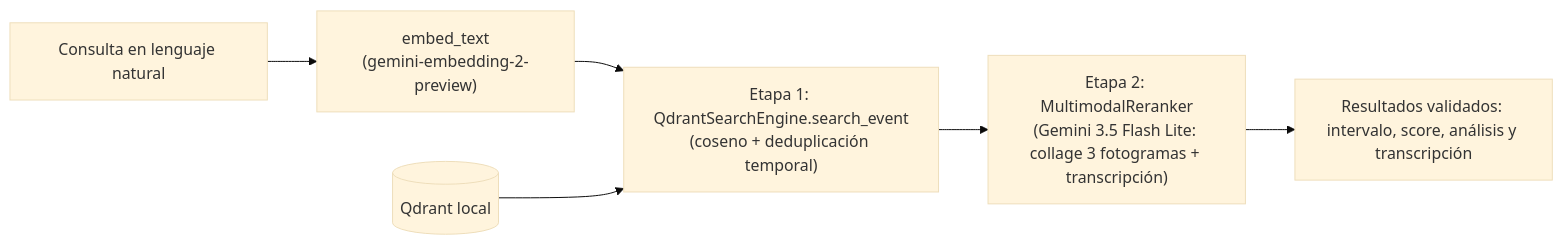
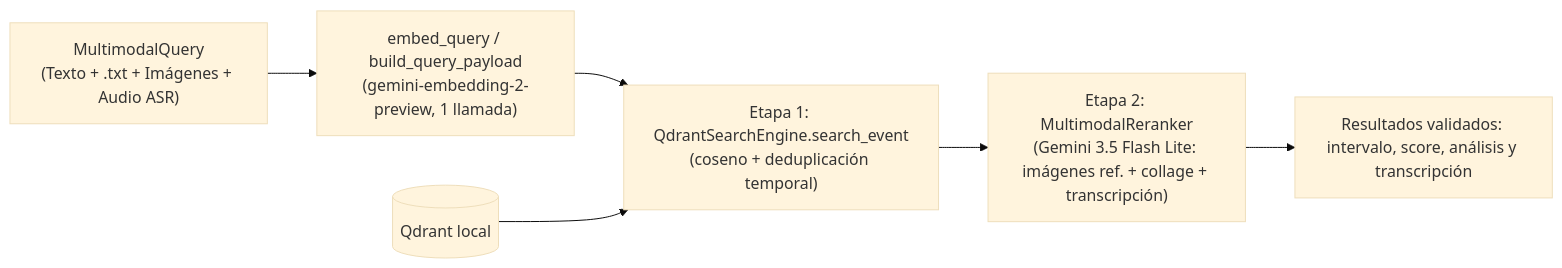
The second of 2 diagrams in README.md (Sergiobs26mt/TFM-VideoRAG-Multimodal), drawn with Mermaid (base theme) before and after one commit. The commit also changed other lines of this file and 19 other files, not shown here.

````diff
--- a/README.md
+++ b/README.md
@@ -41,8 +41,8 @@
 ```mermaid
 flowchart LR
-    Q["Consulta en lenguaje natural"] --> V["embed_text<br/>(gemini-embedding-2-preview)"]
+    Q["MultimodalQuery<br/>(Texto + .txt + Imágenes + Audio ASR)"] --> V["embed_query / build_query_payload<br/>(gemini-embedding-2-preview, 1 llamada)"]
     V --> S["Etapa 1: QdrantSearchEngine.search_event<br/>(coseno + deduplicación temporal)"]
     G[("Qdrant local")] --> S
-    S --> M["Etapa 2: MultimodalReranker<br/>(Gemini 3.5 Flash Lite: collage 3 fotogramas + transcripción)"]
+    S --> M["Etapa 2: MultimodalReranker<br/>(Gemini 3.5 Flash Lite: imágenes ref. + collage + transcripción)"]
     M --> R["Resultados validados: intervalo, score, análisis y transcripción"]
 ```
````
